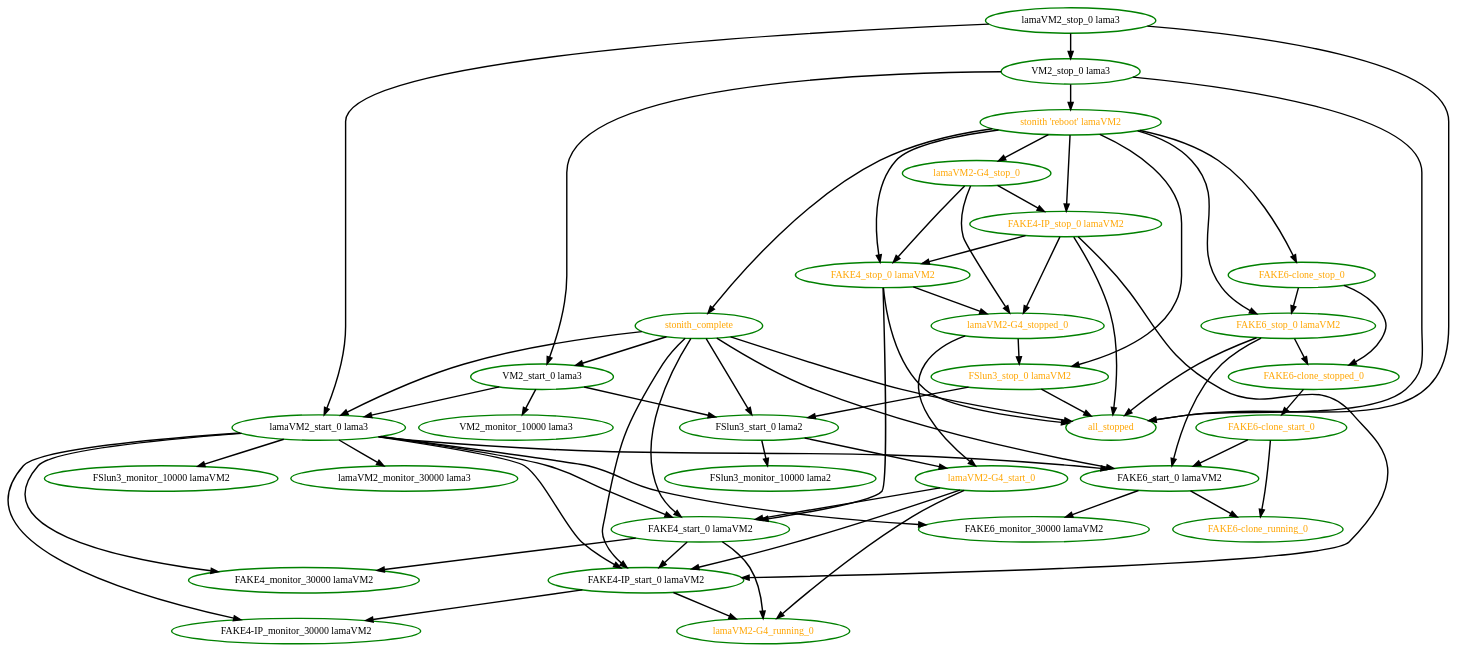
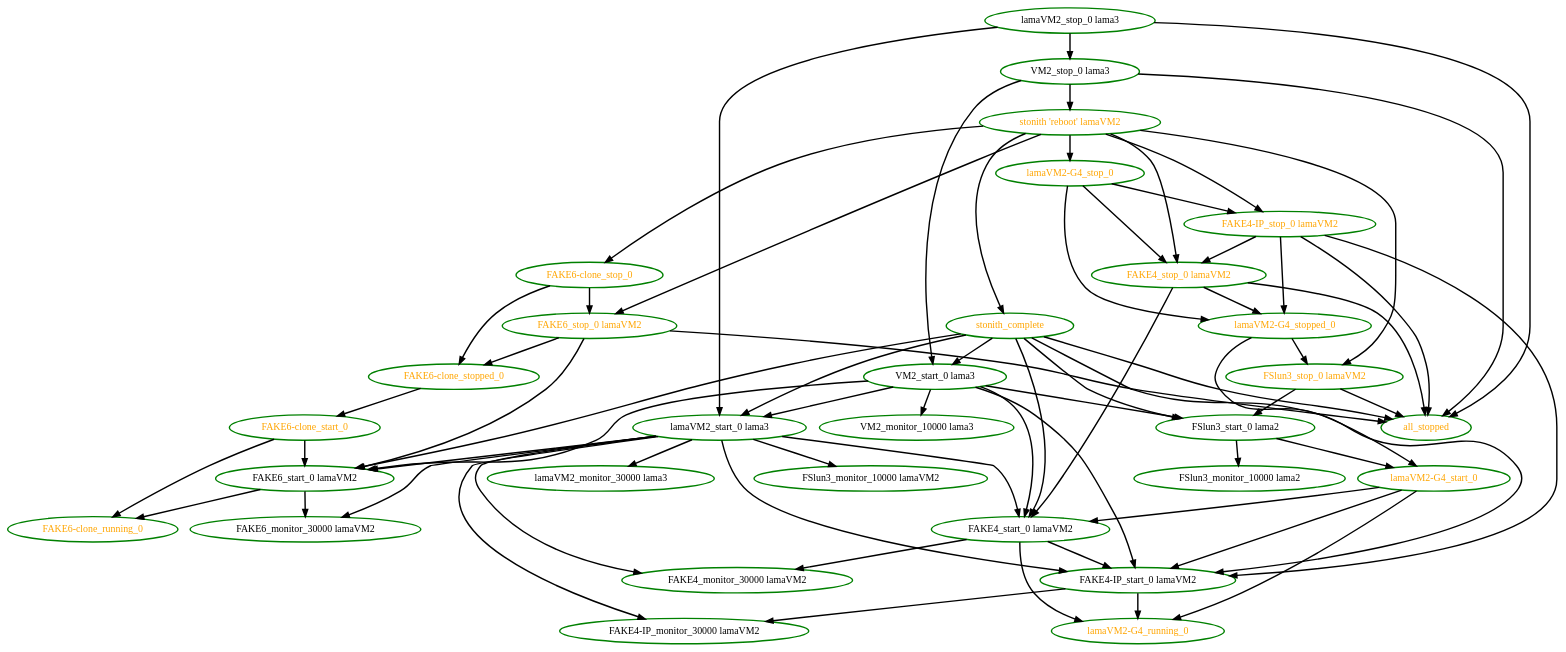
Before and after one commit to ClusterLabs/pacemaker: the diagram in pengine/test10/bug-rh-1097457.dot, drawn with Graphviz. The commit also changed 27 other files, not shown here.

```diff
--- a/pengine/test10/bug-rh-1097457.dot
+++ b/pengine/test10/bug-rh-1097457.dot
@@ -1,97 +1,100 @@
 digraph "g" {
 "FAKE4-IP_monitor_30000 lamaVM2" [ style=bold color="green" fontcolor="black"]
 "FAKE4-IP_start_0 lamaVM2" -> "FAKE4-IP_monitor_30000 lamaVM2" [ style = bold]
 "FAKE4-IP_start_0 lamaVM2" -> "lamaVM2-G4_running_0" [ style = bold]
 "FAKE4-IP_start_0 lamaVM2" [ style=bold color="green" fontcolor="black"]
 "FAKE4-IP_stop_0 lamaVM2" -> "FAKE4-IP_start_0 lamaVM2" [ style = bold]
 "FAKE4-IP_stop_0 lamaVM2" -> "FAKE4_stop_0 lamaVM2" [ style = bold]
 "FAKE4-IP_stop_0 lamaVM2" -> "all_stopped" [ style = bold]
 "FAKE4-IP_stop_0 lamaVM2" -> "lamaVM2-G4_stopped_0" [ style = bold]
 "FAKE4-IP_stop_0 lamaVM2" [ style=bold color="green" fontcolor="orange"]
 "FAKE4_monitor_30000 lamaVM2" [ style=bold color="green" fontcolor="black"]
 "FAKE4_start_0 lamaVM2" -> "FAKE4-IP_start_0 lamaVM2" [ style = bold]
 "FAKE4_start_0 lamaVM2" -> "FAKE4_monitor_30000 lamaVM2" [ style = bold]
 "FAKE4_start_0 lamaVM2" -> "lamaVM2-G4_running_0" [ style = bold]
 "FAKE4_start_0 lamaVM2" [ style=bold color="green" fontcolor="black"]
 "FAKE4_stop_0 lamaVM2" -> "FAKE4_start_0 lamaVM2" [ style = bold]
 "FAKE4_stop_0 lamaVM2" -> "all_stopped" [ style = bold]
 "FAKE4_stop_0 lamaVM2" -> "lamaVM2-G4_stopped_0" [ style = bold]
 "FAKE4_stop_0 lamaVM2" [ style=bold color="green" fontcolor="orange"]
 "FAKE6-clone_running_0" [ style=bold color="green" fontcolor="orange"]
 "FAKE6-clone_start_0" -> "FAKE6-clone_running_0" [ style = bold]
 "FAKE6-clone_start_0" -> "FAKE6_start_0 lamaVM2" [ style = bold]
 "FAKE6-clone_start_0" [ style=bold color="green" fontcolor="orange"]
 "FAKE6-clone_stop_0" -> "FAKE6-clone_stopped_0" [ style = bold]
 "FAKE6-clone_stop_0" -> "FAKE6_stop_0 lamaVM2" [ style = bold]
 "FAKE6-clone_stop_0" [ style=bold color="green" fontcolor="orange"]
 "FAKE6-clone_stopped_0" -> "FAKE6-clone_start_0" [ style = bold]
 "FAKE6-clone_stopped_0" [ style=bold color="green" fontcolor="orange"]
 "FAKE6_monitor_30000 lamaVM2" [ style=bold color="green" fontcolor="black"]
 "FAKE6_start_0 lamaVM2" -> "FAKE6-clone_running_0" [ style = bold]
 "FAKE6_start_0 lamaVM2" -> "FAKE6_monitor_30000 lamaVM2" [ style = bold]
 "FAKE6_start_0 lamaVM2" [ style=bold color="green" fontcolor="black"]
 "FAKE6_stop_0 lamaVM2" -> "FAKE6-clone_stopped_0" [ style = bold]
 "FAKE6_stop_0 lamaVM2" -> "FAKE6_start_0 lamaVM2" [ style = bold]
 "FAKE6_stop_0 lamaVM2" -> "all_stopped" [ style = bold]
 "FAKE6_stop_0 lamaVM2" [ style=bold color="green" fontcolor="orange"]
 "FSlun3_monitor_10000 lama2" [ style=bold color="green" fontcolor="black"]
 "FSlun3_monitor_10000 lamaVM2" [ style=bold color="green" fontcolor="black"]
 "FSlun3_start_0 lama2" -> "FSlun3_monitor_10000 lama2" [ style = bold]
 "FSlun3_start_0 lama2" -> "lamaVM2-G4_start_0" [ style = bold]
 "FSlun3_start_0 lama2" [ style=bold color="green" fontcolor="black"]
 "FSlun3_stop_0 lamaVM2" -> "FSlun3_start_0 lama2" [ style = bold]
 "FSlun3_stop_0 lamaVM2" -> "all_stopped" [ style = bold]
 "FSlun3_stop_0 lamaVM2" [ style=bold color="green" fontcolor="orange"]
 "VM2_monitor_10000 lama3" [ style=bold color="green" fontcolor="black"]
+"VM2_start_0 lama3" -> "FAKE4-IP_start_0 lamaVM2" [ style = bold]
+"VM2_start_0 lama3" -> "FAKE4_start_0 lamaVM2" [ style = bold]
+"VM2_start_0 lama3" -> "FAKE6_start_0 lamaVM2" [ style = bold]
 "VM2_start_0 lama3" -> "FSlun3_start_0 lama2" [ style = bold]
 "VM2_start_0 lama3" -> "VM2_monitor_10000 lama3" [ style = bold]
 "VM2_start_0 lama3" -> "lamaVM2_start_0 lama3" [ style = bold]
 "VM2_start_0 lama3" [ style=bold color="green" fontcolor="black"]
 "VM2_stop_0 lama3" -> "VM2_start_0 lama3" [ style = bold]
 "VM2_stop_0 lama3" -> "all_stopped" [ style = bold]
 "VM2_stop_0 lama3" -> "stonith 'reboot' lamaVM2" [ style = bold]
 "VM2_stop_0 lama3" [ style=bold color="green" fontcolor="black"]
 "all_stopped" [ style=bold color="green" fontcolor="orange"]
 "lamaVM2-G4_running_0" [ style=bold color="green" fontcolor="orange"]
 "lamaVM2-G4_start_0" -> "FAKE4-IP_start_0 lamaVM2" [ style = bold]
 "lamaVM2-G4_start_0" -> "FAKE4_start_0 lamaVM2" [ style = bold]
 "lamaVM2-G4_start_0" -> "lamaVM2-G4_running_0" [ style = bold]
 "lamaVM2-G4_start_0" [ style=bold color="green" fontcolor="orange"]
 "lamaVM2-G4_stop_0" -> "FAKE4-IP_stop_0 lamaVM2" [ style = bold]
 "lamaVM2-G4_stop_0" -> "FAKE4_stop_0 lamaVM2" [ style = bold]
 "lamaVM2-G4_stop_0" -> "lamaVM2-G4_stopped_0" [ style = bold]
 "lamaVM2-G4_stop_0" [ style=bold color="green" fontcolor="orange"]
 "lamaVM2-G4_stopped_0" -> "FSlun3_stop_0 lamaVM2" [ style = bold]
 "lamaVM2-G4_stopped_0" -> "lamaVM2-G4_start_0" [ style = bold]
 "lamaVM2-G4_stopped_0" [ style=bold color="green" fontcolor="orange"]
 "lamaVM2_monitor_30000 lama3" [ style=bold color="green" fontcolor="black"]
 "lamaVM2_start_0 lama3" -> "FAKE4-IP_monitor_30000 lamaVM2" [ style = bold]
 "lamaVM2_start_0 lama3" -> "FAKE4-IP_start_0 lamaVM2" [ style = bold]
 "lamaVM2_start_0 lama3" -> "FAKE4_monitor_30000 lamaVM2" [ style = bold]
 "lamaVM2_start_0 lama3" -> "FAKE4_start_0 lamaVM2" [ style = bold]
 "lamaVM2_start_0 lama3" -> "FAKE6_monitor_30000 lamaVM2" [ style = bold]
 "lamaVM2_start_0 lama3" -> "FAKE6_start_0 lamaVM2" [ style = bold]
 "lamaVM2_start_0 lama3" -> "FSlun3_monitor_10000 lamaVM2" [ style = bold]
 "lamaVM2_start_0 lama3" -> "lamaVM2_monitor_30000 lama3" [ style = bold]
 "lamaVM2_start_0 lama3" [ style=bold color="green" fontcolor="black"]
 "lamaVM2_stop_0 lama3" -> "VM2_stop_0 lama3" [ style = bold]
 "lamaVM2_stop_0 lama3" -> "all_stopped" [ style = bold]
 "lamaVM2_stop_0 lama3" -> "lamaVM2_start_0 lama3" [ style = bold]
 "lamaVM2_stop_0 lama3" [ style=bold color="green" fontcolor="black"]
 "stonith 'reboot' lamaVM2" -> "FAKE4-IP_stop_0 lamaVM2" [ style = bold]
 "stonith 'reboot' lamaVM2" -> "FAKE4_stop_0 lamaVM2" [ style = bold]
 "stonith 'reboot' lamaVM2" -> "FAKE6-clone_stop_0" [ style = bold]
 "stonith 'reboot' lamaVM2" -> "FAKE6_stop_0 lamaVM2" [ style = bold]
 "stonith 'reboot' lamaVM2" -> "FSlun3_stop_0 lamaVM2" [ style = bold]
 "stonith 'reboot' lamaVM2" -> "lamaVM2-G4_stop_0" [ style = bold]
 "stonith 'reboot' lamaVM2" -> "stonith_complete" [ style = bold]
 "stonith 'reboot' lamaVM2" [ style=bold color="green" fontcolor="orange"]
 "stonith_complete" -> "FAKE4-IP_start_0 lamaVM2" [ style = bold]
 "stonith_complete" -> "FAKE4_start_0 lamaVM2" [ style = bold]
 "stonith_complete" -> "FAKE6_start_0 lamaVM2" [ style = bold]
 "stonith_complete" -> "FSlun3_start_0 lama2" [ style = bold]
 "stonith_complete" -> "VM2_start_0 lama3" [ style = bold]
 "stonith_complete" -> "all_stopped" [ style = bold]
 "stonith_complete" -> "lamaVM2_start_0 lama3" [ style = bold]
 "stonith_complete" [ style=bold color="green" fontcolor="orange"]
 }
```
